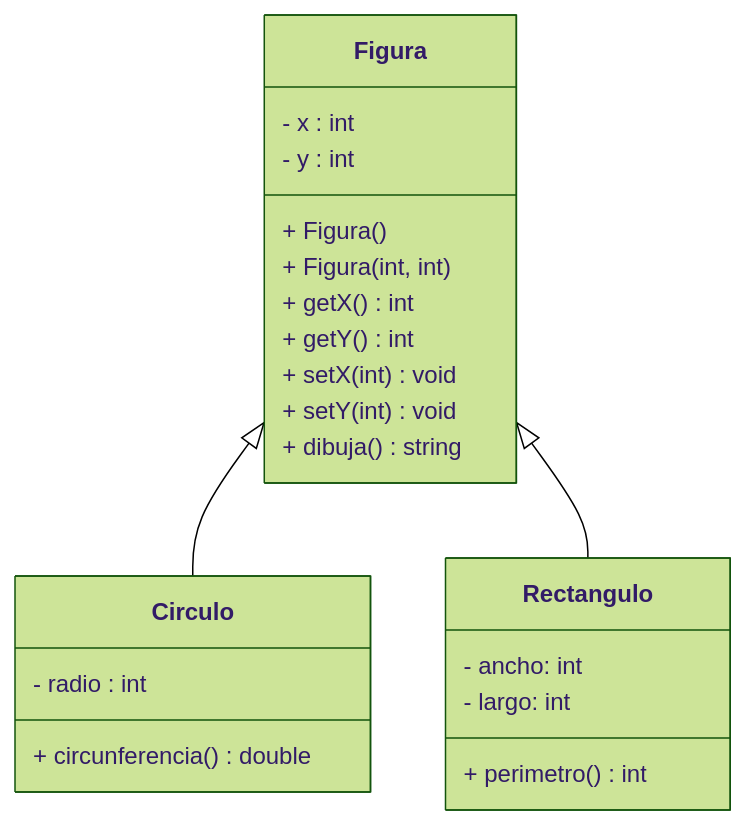
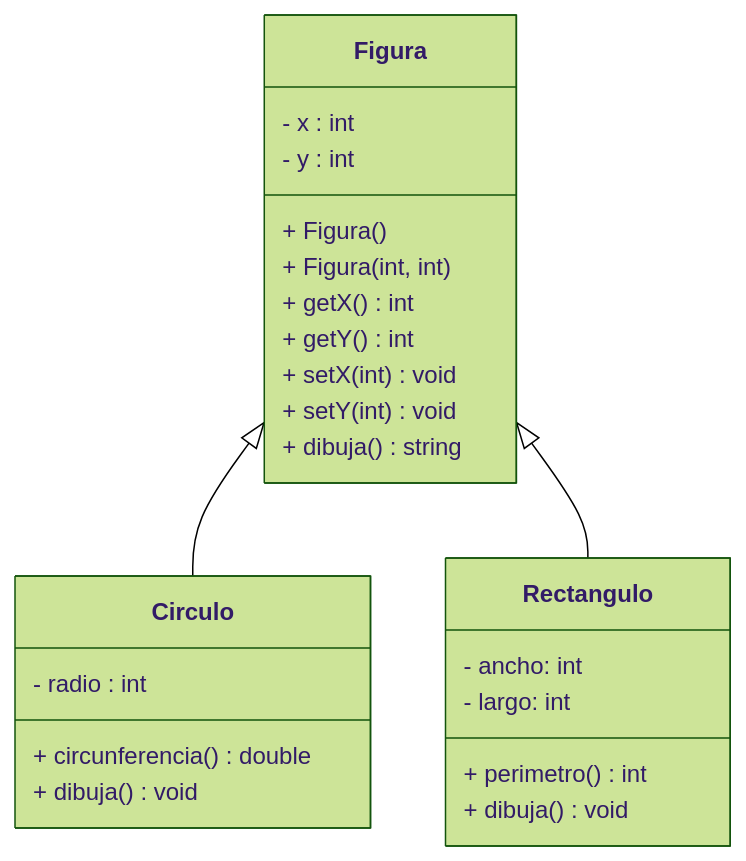
Before and after one commit to GDA-TC1030-315-2311-1591/Figuras: the diagram in assignments/Figuras/README.md, drawn with Mermaid (forest theme).

````diff
--- a/assignments/Figuras/README.md
+++ b/assignments/Figuras/README.md
@@ -18,27 +18,29 @@
 ```mermaid
 classDiagram
     Figura <|-- Circulo
     Figura <|-- Rectangulo
       class Figura {
         - x : int
         - y : int
       }
       Figura: + Figura()
       Figura: + Figura(int, int)
       Figura: + getX() int
       Figura: + getY() int
       Figura: + setX(int) void
       Figura: + setY(int) void
       Figura: + dibuja() string
     
     class Circulo {
         - radio : int
       }
         Circulo: + circunferencia() double
+        Circulo: + dibuja() void
     
     class Rectangulo {
         - ancho: int
         - largo: int
       }
         Rectangulo: + perimetro() int
+        Rectangulo: + dibuja() void
 ```
````
